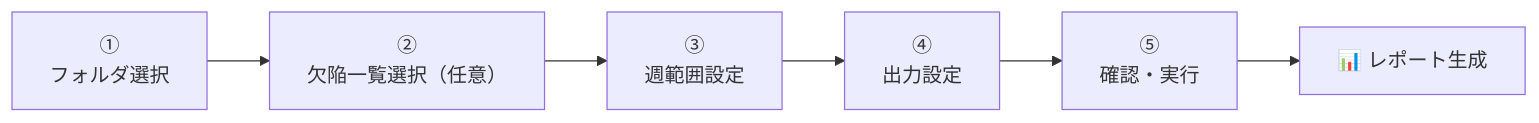
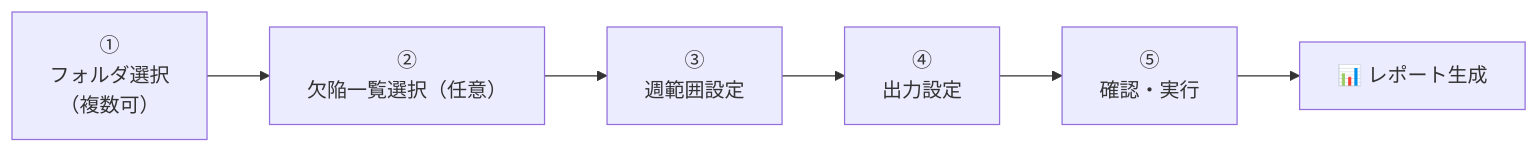
Before and after one commit to makio-dev/test-progress-collector: the second of 2 diagrams in docs/機能概要.md, drawn with Mermaid. The commit also changed other lines of this file and 5 other files, not shown here.

````diff
--- a/docs/機能概要.md
+++ b/docs/機能概要.md
@@ -103,8 +103,8 @@
 ```mermaid
 flowchart LR
-    S1["①<br/>フォルダ選択"] --> S2["②<br/>欠陥一覧選択（任意）"]
+    S1["①<br/>フォルダ選択<br/>（複数可）"] --> S2["②<br/>欠陥一覧選択（任意）"]
     S2 --> S3["③<br/>週範囲設定"]
     S3 --> S4["④<br/>出力設定"]
     S4 --> S5["⑤<br/>確認・実行"]
     S5 --> OUT["📊 レポート生成"]
 ```
````
